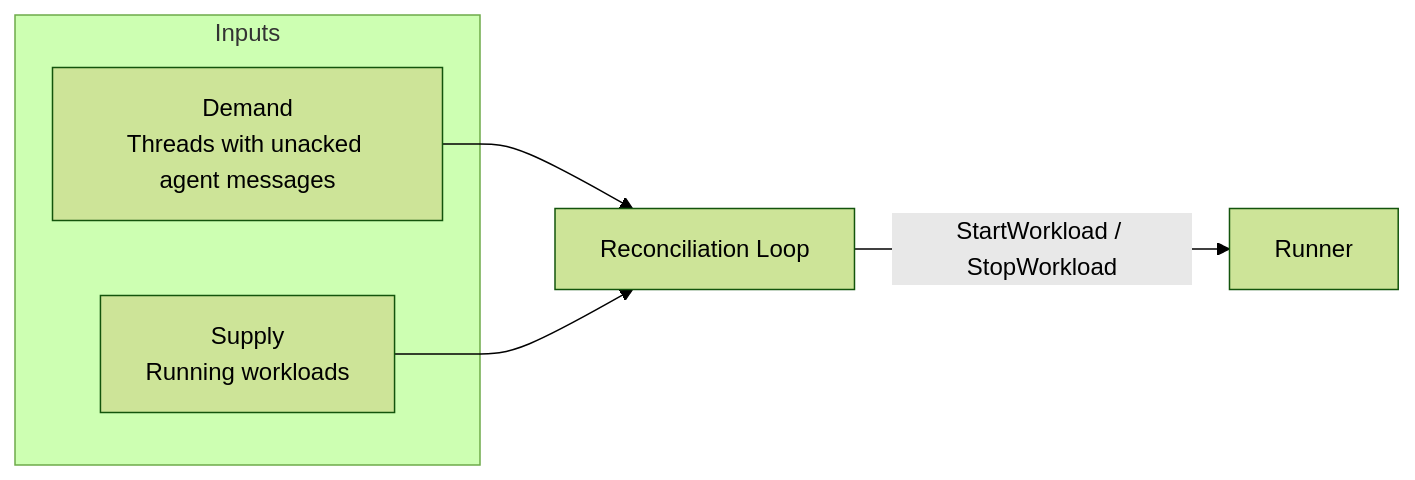
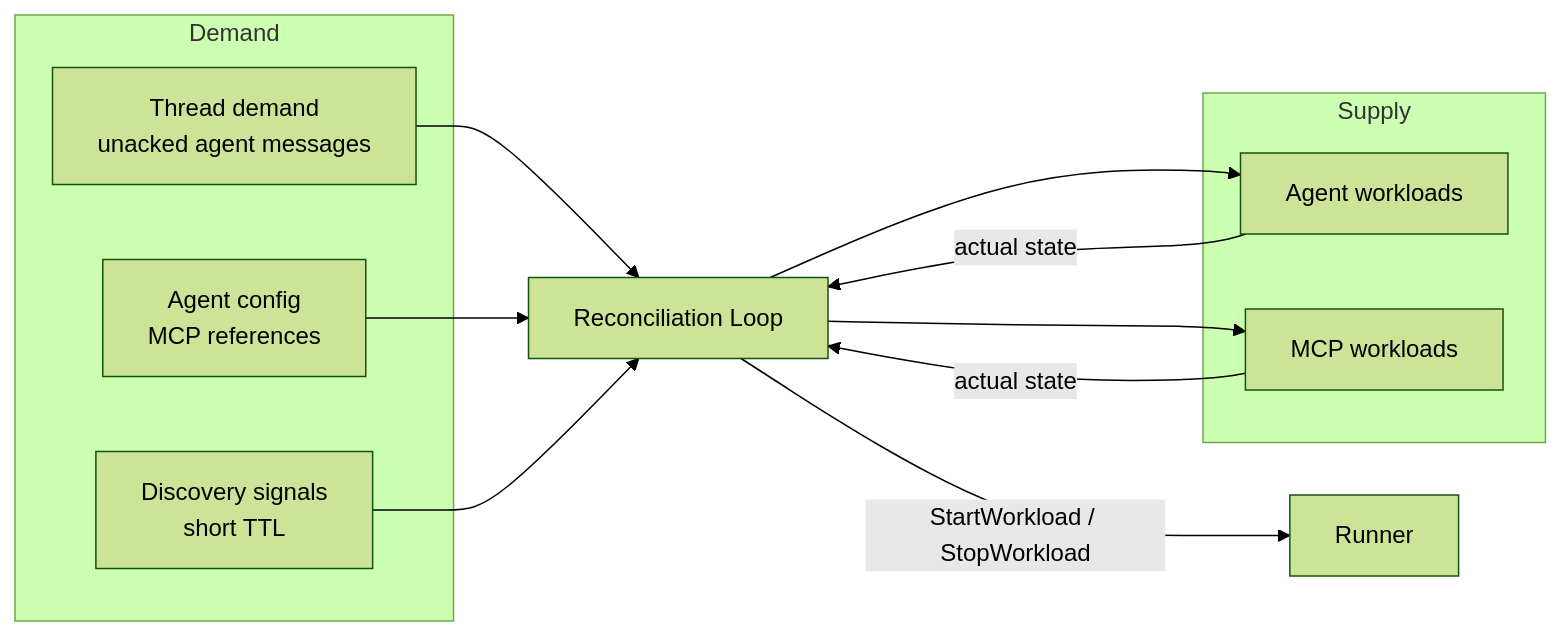
One commit to agynio/architecture changed the first of 3 diagrams in architecture/orchestrator.md. Above: the diagram before and after it, drawn with Mermaid (forest theme). The commit also changed other lines of this file and 12 other files, not shown here.

````diff
--- a/architecture/orchestrator.md
+++ b/architecture/orchestrator.md
@@ -22,14 +64,24 @@
 ```mermaid
 graph LR
-    subgraph Inputs
-        Demand[Demand<br/>Threads with unacked agent messages]
-        Supply[Supply<br/>Running workloads]
+    subgraph Demand
+        TD[Thread demand<br/>unacked agent messages]
+        AC[Agent config<br/>MCP references]
+        DS[Discovery signals<br/>short TTL]
     end
 
     Orch[Reconciliation Loop]
+
+    subgraph Supply
+        RA[Agent workloads]
+        RM[MCP workloads]
+    end
+
     Runner[Runner]
 
-    Demand --> Orch
-    Supply --> Orch
+    TD --> Orch
+    AC --> Orch
+    DS --> Orch
+    Orch --> RA & RM
+    RA & RM -->|actual state| Orch
     Orch -->|StartWorkload / StopWorkload| Runner
 ```
````
